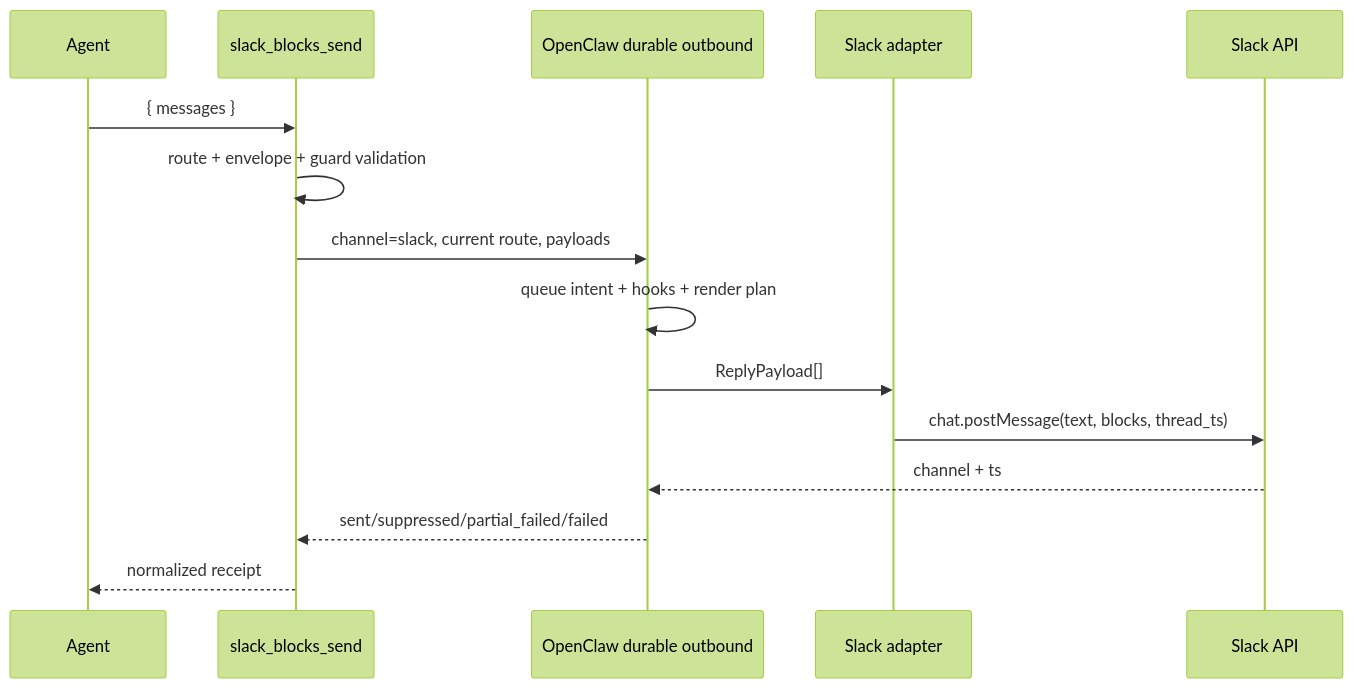
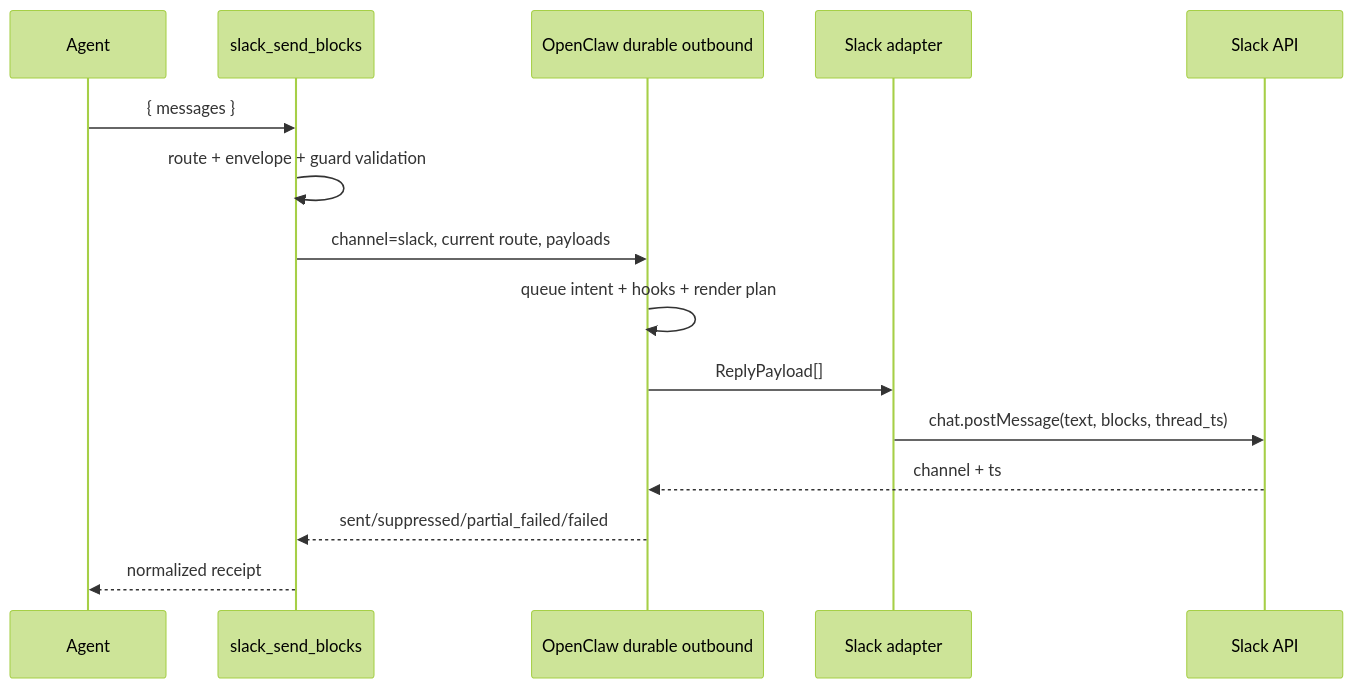
Before and after one commit to demarlik01/openclaw-slack-block-kit: the diagram in docs/ARCHITECTURE.en.md, drawn with Mermaid (forest theme). The commit also changed other lines of this file and 12 other files, not shown here.

````diff
--- a/docs/ARCHITECTURE.en.md
+++ b/docs/ARCHITECTURE.en.md
@@ -238,18 +238,18 @@
 ```mermaid
 sequenceDiagram
     participant A as Agent
-    participant T as slack_blocks_send
+    participant T as slack_send_blocks
     participant D as OpenClaw durable outbound
     participant S as Slack adapter
     participant API as Slack API
 
     A->>T: { messages }
     T->>T: route + envelope + guard validation
     T->>D: channel=slack, current route, payloads
     D->>D: queue intent + hooks + render plan
     D->>S: ReplyPayload[]
     S->>API: chat.postMessage(text, blocks, thread_ts)
     API-->>D: channel + ts
     D-->>T: sent/suppressed/partial_failed/failed
     T-->>A: normalized receipt
 ```
````
